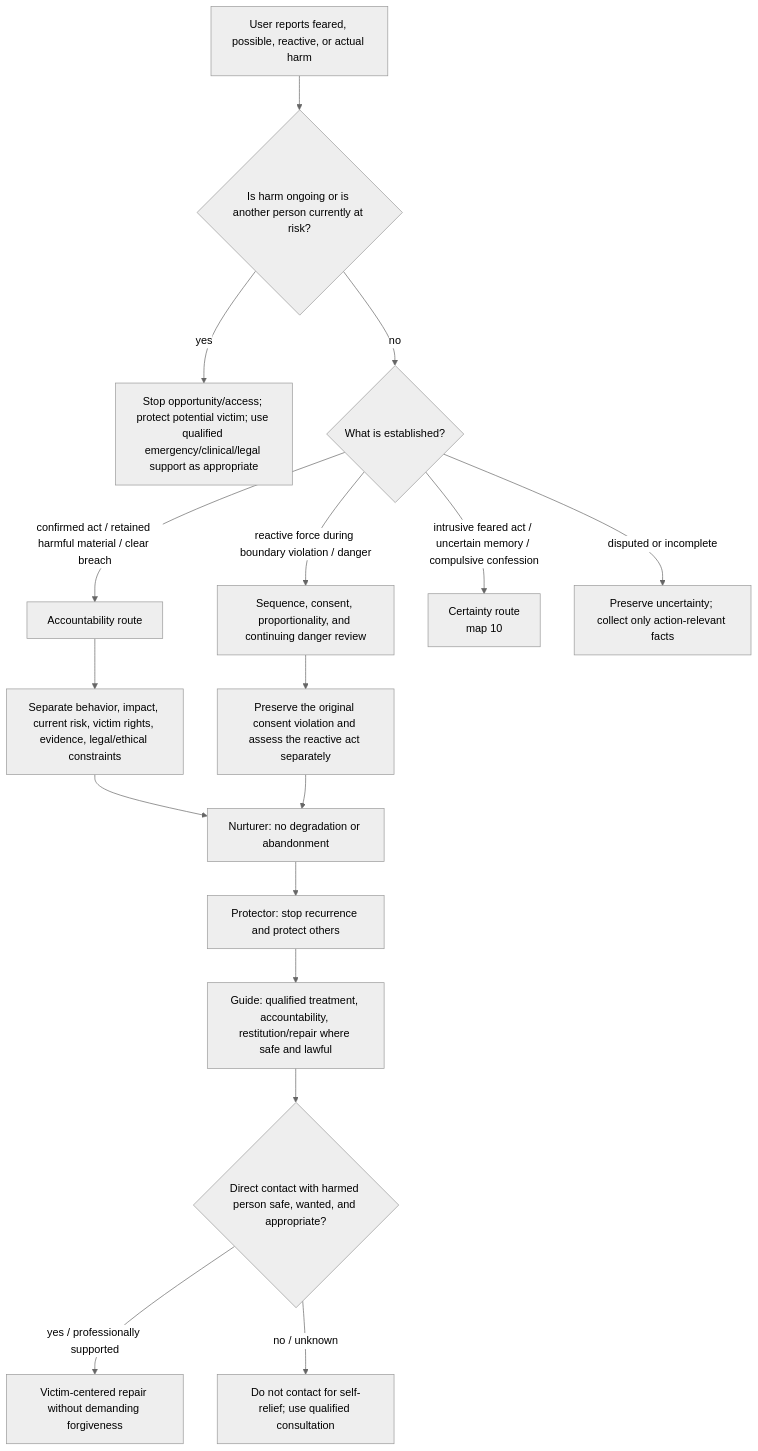
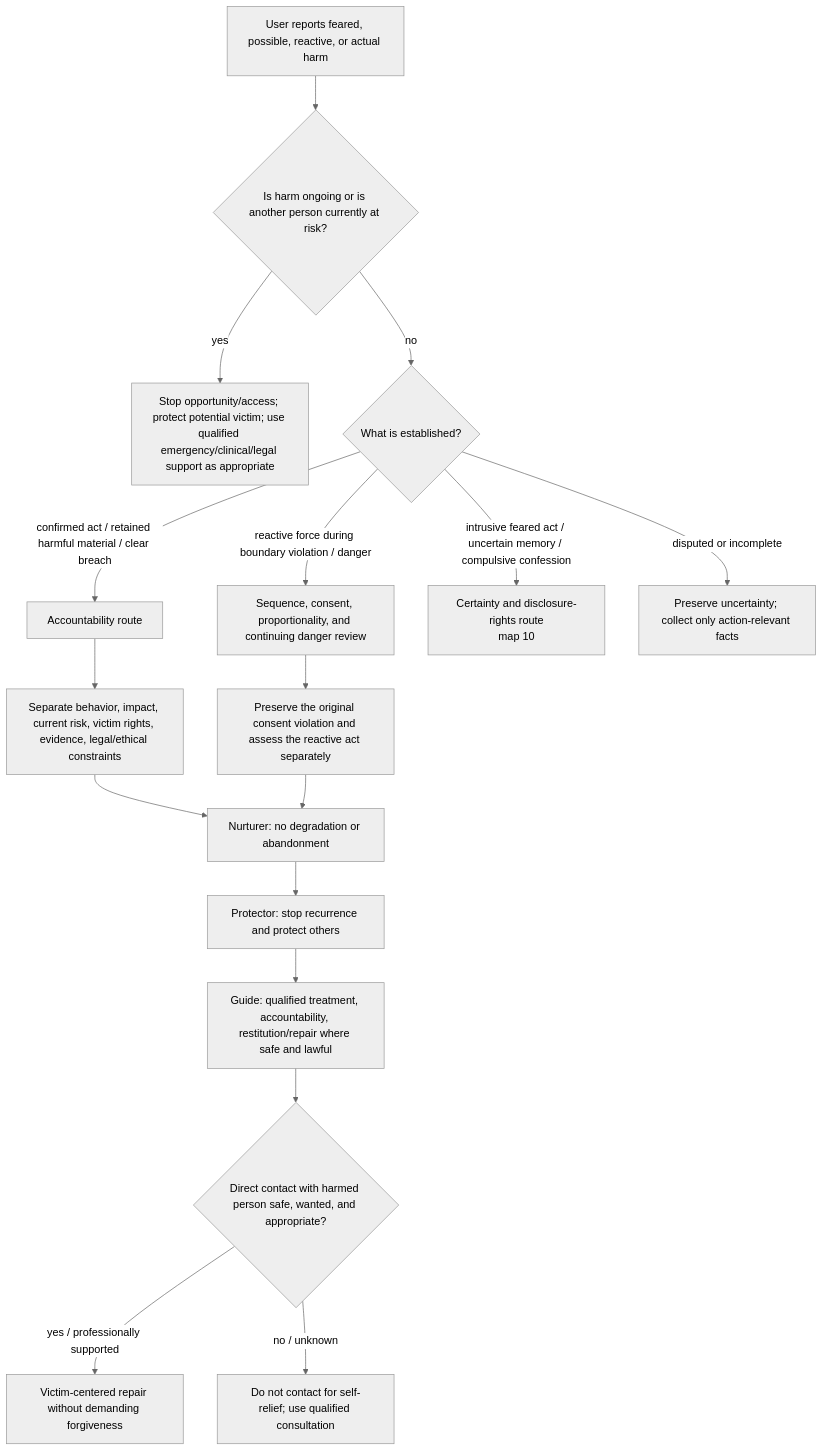
The diagram in analysis/inner_child_protocol/maps/11-ACCOUNTABILITY-MORAL-INJURY-AND-HARM.md (u-dont-existDOTcom/creativeTailSampling), drawn with Mermaid (neutral theme) before and after one commit. The commit also changed other lines of this file, not shown here.

Commit message:
Distinguish compulsive confession from rights-relevant disclosure

````diff
--- a/analysis/inner_child_protocol/maps/11-ACCOUNTABILITY-MORAL-INJURY-AND-HARM.md
+++ b/analysis/inner_child_protocol/maps/11-ACCOUNTABILITY-MORAL-INJURY-AND-HARM.md
@@ -5,20 +5,20 @@
 ```mermaid
 flowchart TD
     A["User reports feared, possible, reactive, or actual harm"] --> B{"Is harm ongoing or is another person currently at risk?"}
     B -- "yes" --> C["Stop opportunity/access; protect potential victim; use qualified emergency/clinical/legal support as appropriate"]
     B -- "no" --> D{"What is established?"}
     D -- "confirmed act / retained harmful material / clear breach" --> E["Accountability route"]
     D -- "reactive force during boundary violation / danger" --> E2["Sequence, consent, proportionality, and continuing danger review"]
-    D -- "intrusive feared act / uncertain memory / compulsive confession" --> F["Certainty route<br/>map 10"]
+    D -- "intrusive feared act / uncertain memory / compulsive confession" --> F["Certainty and disclosure-rights route<br/>map 10"]
     D -- "disputed or incomplete" --> G["Preserve uncertainty; collect only action-relevant facts"]
 
     E --> H["Separate behavior, impact, current risk, victim rights, evidence, legal/ethical constraints"]
     E2 --> H2["Preserve the original consent violation and assess the reactive act separately"]
     H --> I["Nurturer: no degradation or abandonment"]
     H2 --> I
     I --> J["Protector: stop recurrence and protect others"]
     J --> K["Guide: qualified treatment, accountability, restitution/repair where safe and lawful"]
     K --> L{"Direct contact with harmed person safe, wanted, and appropriate?"}
     L -- "yes / professionally supported" --> M["Victim-centered repair without demanding forgiveness"]
     L -- "no / unknown" --> N["Do not contact for self-relief; use qualified consultation"]
 ```
````
